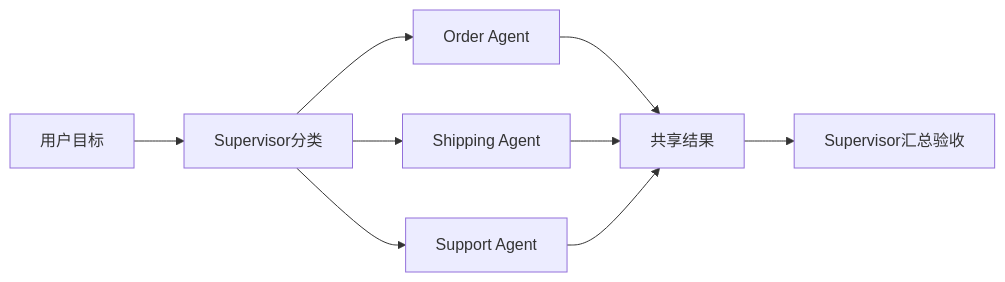
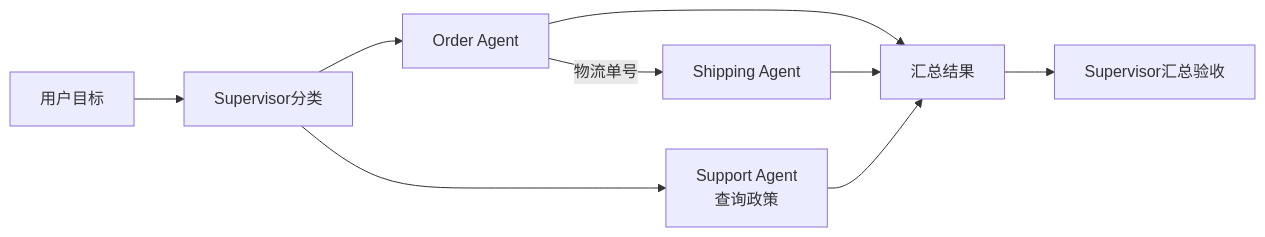
One commit to GuoWWWX/knowledge-base changed the diagram in 10-AI应用开发/05-Agent-MCP-Skills/06-Multi-Agent-Supervisor实现.md. Above: the diagram before and after it, drawn with Mermaid. The commit also changed other lines of this file and 368 other files, not shown here.

````diff
--- a/10-AI应用开发/05-Agent-MCP-Skills/06-Multi-Agent-Supervisor实现.md
+++ b/10-AI应用开发/05-Agent-MCP-Skills/06-Multi-Agent-Supervisor实现.md
@@ -49,11 +61,11 @@
 ```mermaid
 flowchart LR
     A[用户目标] --> B[Supervisor分类]
     B --> C[Order Agent]
-    B --> D[Shipping Agent]
-    B --> E[Support Agent]
-    C --> F[共享结果]
+    C -->|物流单号| D[Shipping Agent]
+    B --> E[Support Agent<br/>查询政策]
+    C --> F[汇总结果]
     D --> F
     E --> F
     F --> G[Supervisor汇总验收]
 ```
````
